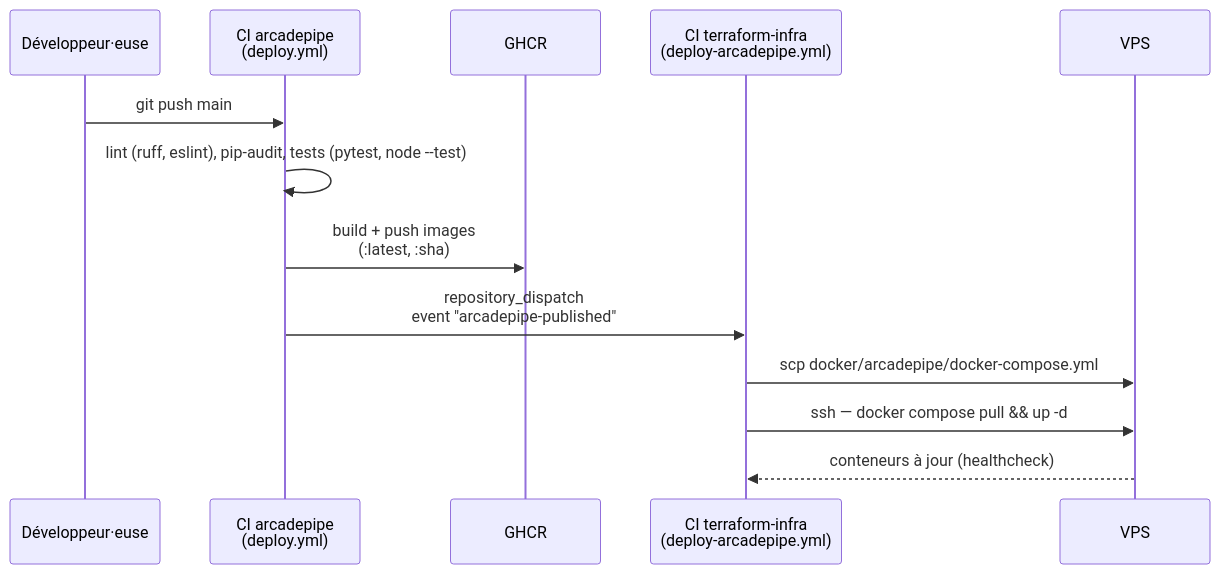
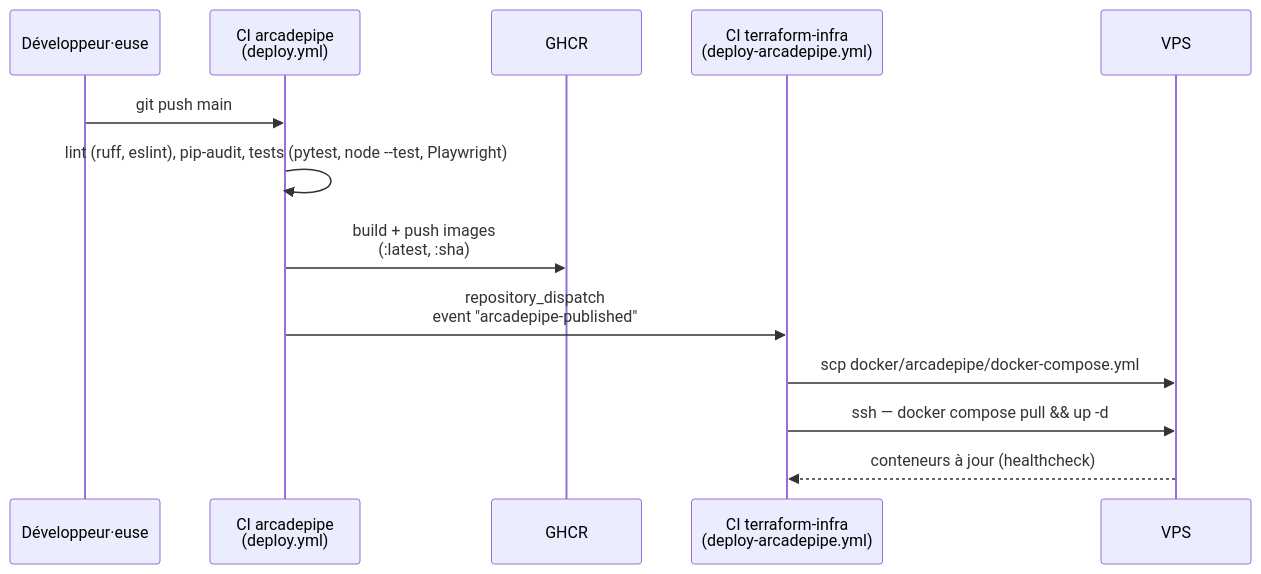
The diagram in docs/ci-cd.md (pazpop/terraform-infra-pazpop-hetzner), drawn with Mermaid before and after one commit. The commit also changed other lines of this file and 4 other files, not shown here.

````diff
--- a/docs/ci-cd.md
+++ b/docs/ci-cd.md
@@ -5,16 +5,16 @@
 ```mermaid
 sequenceDiagram
     participant Dev as Développeur·euse
     participant AP as CI arcadepipe<br/>(deploy.yml)
     participant GHCR
     participant TI as CI terraform-infra<br/>(deploy-arcadepipe.yml)
     participant VPS
 
     Dev->>AP: git push main
-    AP->>AP: lint (ruff, eslint), pip-audit, tests (pytest, node --test)
+    AP->>AP: lint (ruff, eslint), pip-audit, tests (pytest, node --test, Playwright)
     AP->>GHCR: build + push images<br/>(:latest, :sha)
     AP->>TI: repository_dispatch<br/>event "arcadepipe-published"
     TI->>VPS: scp docker/arcadepipe/docker-compose.yml
     TI->>VPS: ssh — docker compose pull && up -d
     VPS-->>TI: conteneurs à jour (healthcheck)
 ```
````
